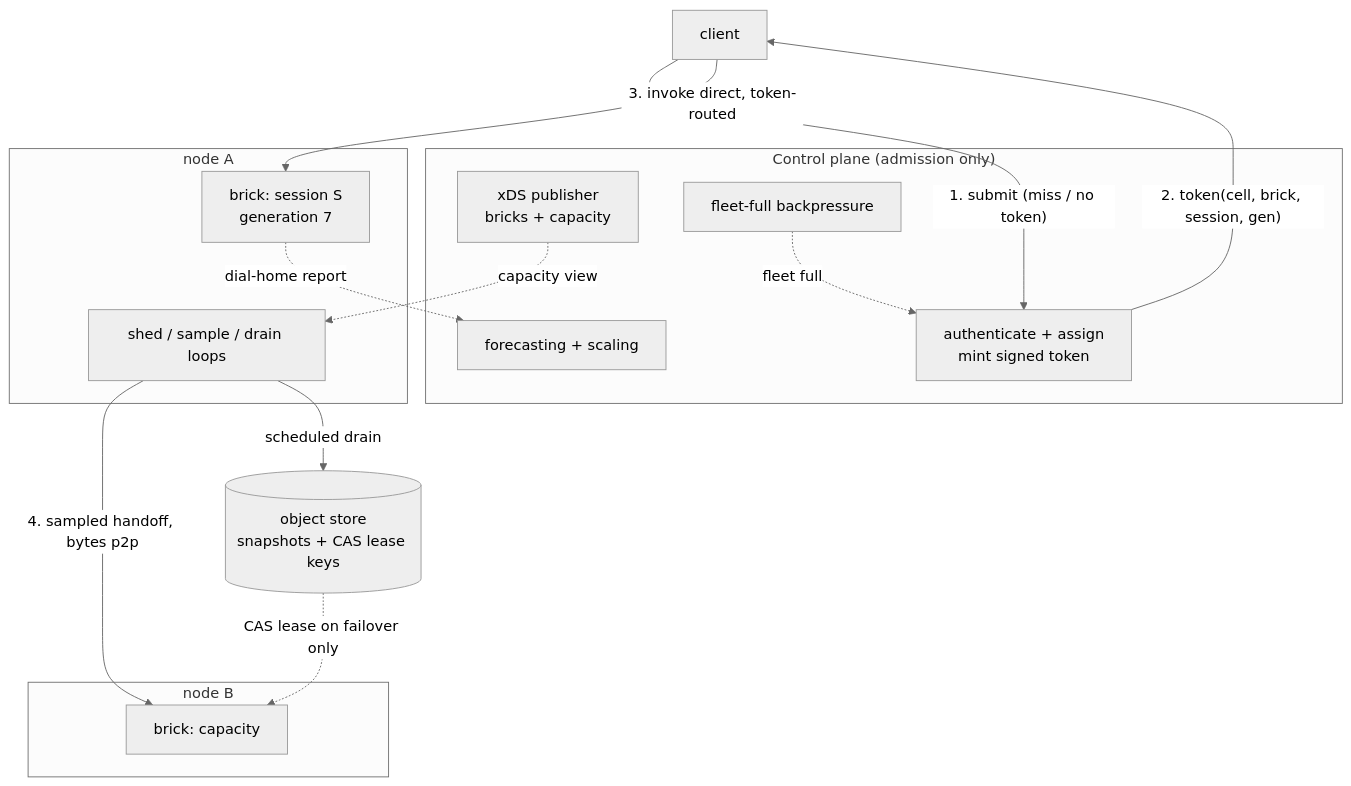
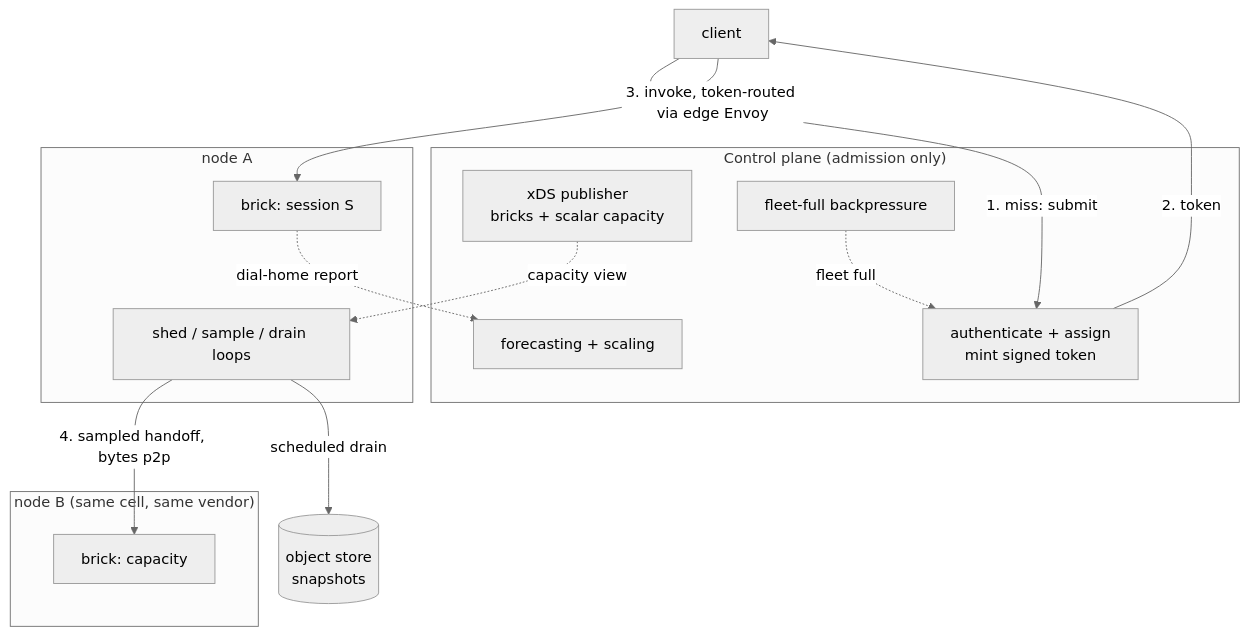
One commit to jomcgi-org/homelab changed the diagram in docs/decisions/embervm/020-admission-control-plane-token-routing-peer-redistribution.md. Above: the diagram before and after it, drawn with Mermaid (neutral theme). The commit also changed other lines of this file and 4 other files, not shown here.

````diff
--- a/docs/decisions/embervm/020-admission-control-plane-token-routing-peer-redistribution.md
+++ b/docs/decisions/embervm/020-admission-control-plane-token-routing-peer-redistribution.md
@@ -72,32 +87,31 @@
 ```mermaid
 graph TB
     CLIENT[client]
 
     subgraph cp["Control plane (admission only)"]
         AUTH["authenticate + assign<br/>mint signed token"]
         FCAST["forecasting + scaling"]
-        XDS["xDS publisher<br/>bricks + capacity"]
+        XDS["xDS publisher<br/>bricks + scalar capacity"]
         BP["fleet-full backpressure"]
     end
 
     subgraph n1["node A"]
-        BA["brick: session S<br/>generation 7"]
+        BA["brick: session S"]
         PA["shed / sample / drain loops"]
     end
 
-    subgraph n2["node B"]
+    subgraph n2["node B (same cell, same vendor)"]
         BB["brick: capacity"]
     end
 
-    OBJ[("object store<br/>snapshots + CAS lease keys")]
+    OBJ[("object store<br/>snapshots")]
 
-    CLIENT -->|"1. submit (miss / no token)"| AUTH
-    AUTH -->|"2. token(cell, brick, session, gen)"| CLIENT
-    CLIENT -->|"3. invoke direct, token-routed"| BA
+    CLIENT -->|"1. miss: submit"| AUTH
+    AUTH -->|"2. token"| CLIENT
+    CLIENT -->|"3. invoke, token-routed via edge Envoy"| BA
     XDS -.->|capacity view| PA
     PA -->|"4. sampled handoff, bytes p2p"| BB
     PA -->|"scheduled drain"| OBJ
     BA -.->|dial-home report| FCAST
-    OBJ -.->|"CAS lease on failover only"| BB
     BP -.->|fleet full| AUTH
 ```
````
